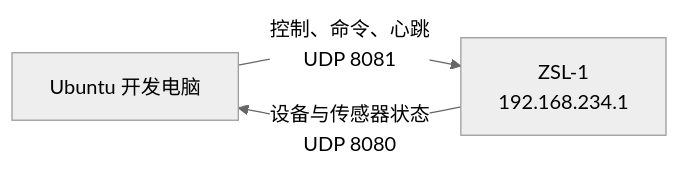
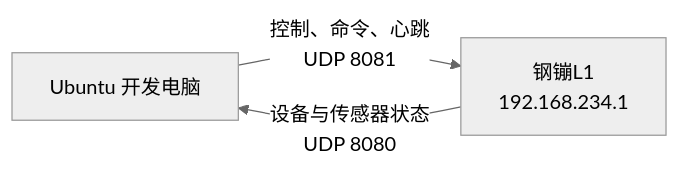
Before and after one commit to zhuanshunjishi/note-test: the third of 3 diagrams in l1/md/03-system-architecture.md, drawn with Mermaid (neutral theme). The commit also changed other lines of this file and 5 other files, not shown here.

````diff
--- a/l1/md/03-system-architecture.md
+++ b/l1/md/03-system-architecture.md
@@ -82,5 +82,5 @@
 ```mermaid
 flowchart LR
-    PC["Ubuntu 开发电脑"] -->|"控制、命令、心跳<br>UDP 8081"| DOG["ZSL-1<br>192.168.234.1"]
+    PC["Ubuntu 开发电脑"] -->|"控制、命令、心跳<br>UDP 8081"| DOG["钢镚L1<br>192.168.234.1"]
     DOG -->|"设备与传感器状态<br>UDP 8080"| PC
 ```
````
